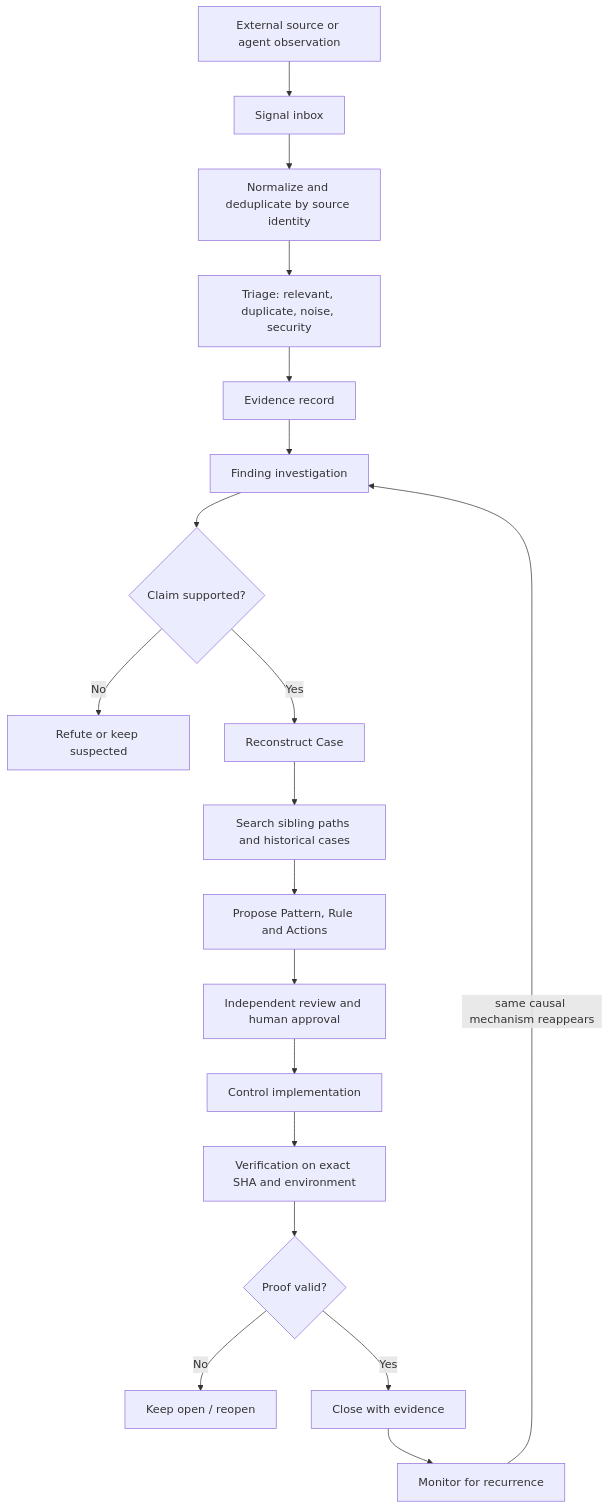
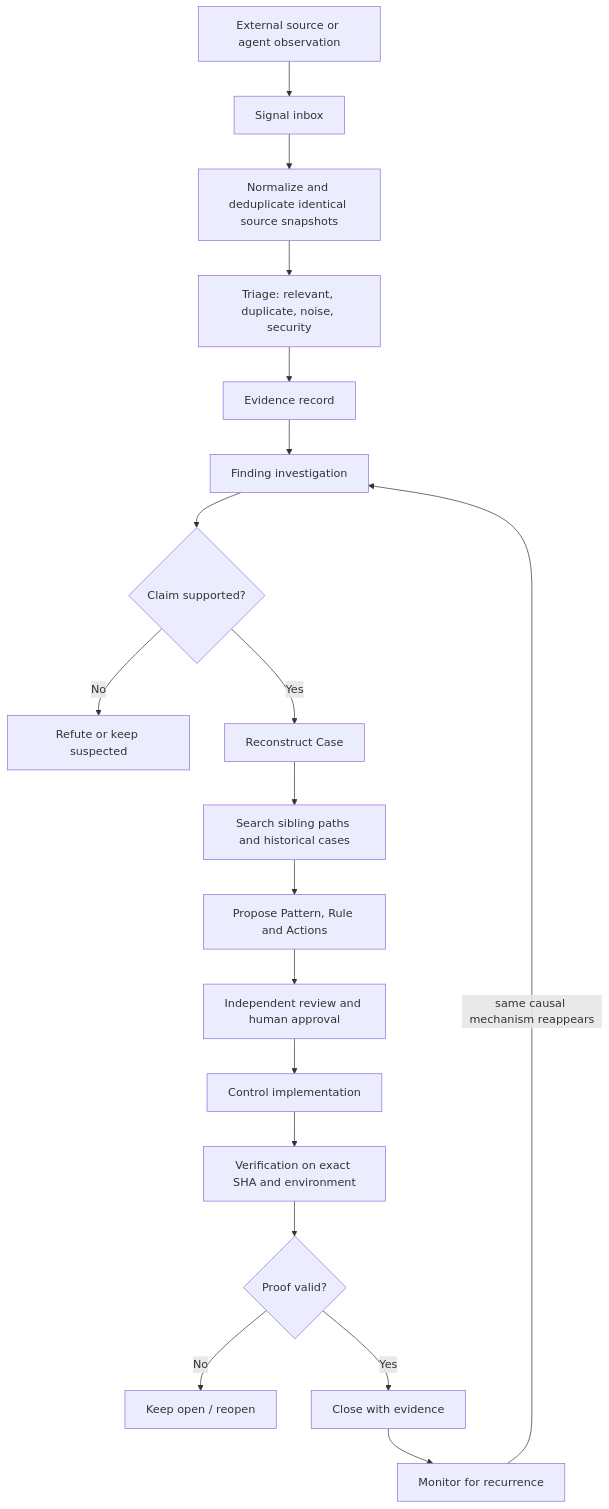
The diagram in docs/architecture/knowledge-lifecycle.md (waelhe/Engineering-System), drawn with Mermaid before and after one commit. The commit also changed other lines of this file and 6 other files, not shown here.

```diff
--- a/docs/architecture/knowledge-lifecycle.md
+++ b/docs/architecture/knowledge-lifecycle.md
@@ -3,21 +3,21 @@
 ~~~mermaid
 flowchart TD
   A[External source or agent observation] --> B[Signal inbox]
-  B --> C[Normalize and deduplicate by source identity]
+  B --> C[Normalize and deduplicate identical source snapshots]
   C --> D[Triage: relevant, duplicate, noise, security]
   D --> E[Evidence record]
   E --> F[Finding investigation]
   F --> G{Claim supported?}
   G -->|No| H[Refute or keep suspected]
   G -->|Yes| I[Reconstruct Case]
   I --> J[Search sibling paths and historical cases]
   J --> K[Propose Pattern, Rule and Actions]
   K --> L[Independent review and human approval]
   L --> M[Control implementation]
   M --> N[Verification on exact SHA and environment]
   N --> O{Proof valid?}
   O -->|No| P[Keep open / reopen]
   O -->|Yes| Q[Close with evidence]
   Q --> R[Monitor for recurrence]
   R -->|same causal mechanism reappears| F
 ~~~
```
